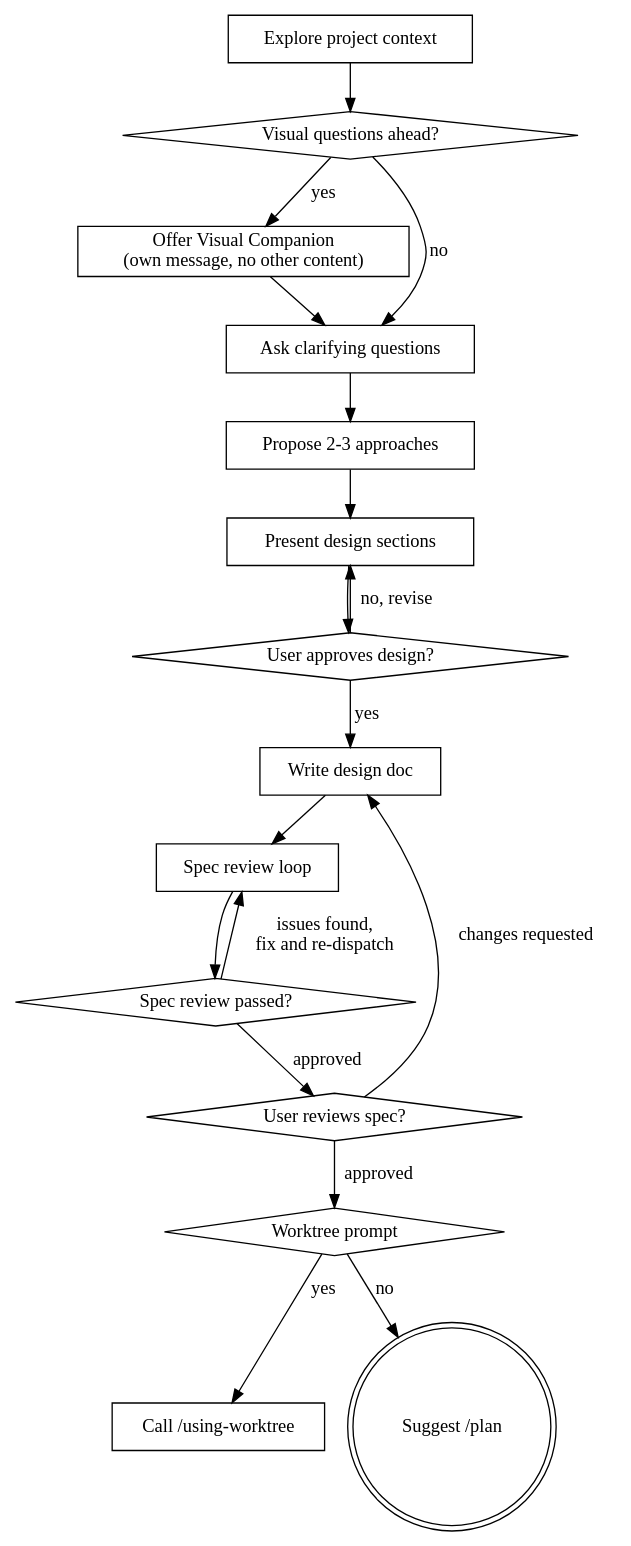
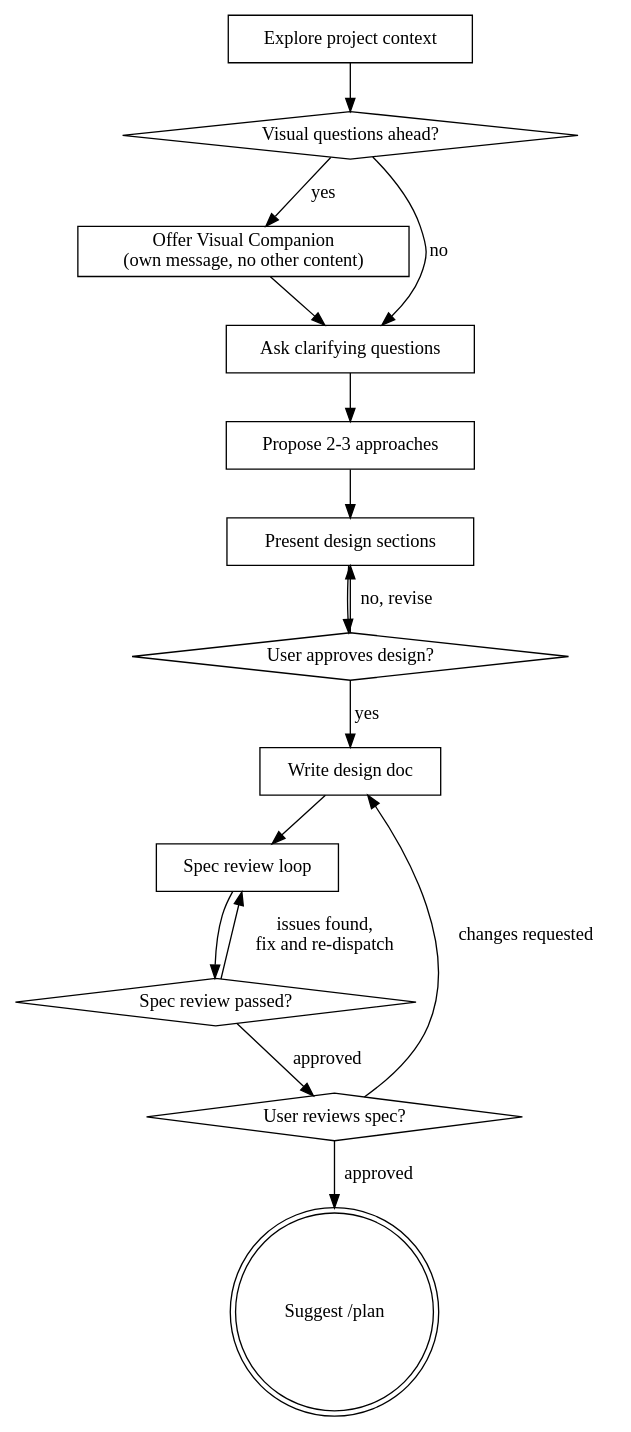
The diagram in skills/spec/SKILL.md (citruseason/flow), drawn with Graphviz before and after one commit. The commit also changed other lines of this file, not shown here.

First line of the commit message:
refactor: remove worktree prompt from spec skill

````diff
--- a/skills/spec/SKILL.md
+++ b/skills/spec/SKILL.md
@@ -36,36 +36,32 @@
 ```dot
 digraph spec {
     "Explore project context" [shape=box];
     "Visual questions ahead?" [shape=diamond];
     "Offer Visual Companion\n(own message, no other content)" [shape=box];
     "Ask clarifying questions" [shape=box];
     "Propose 2-3 approaches" [shape=box];
     "Present design sections" [shape=box];
     "User approves design?" [shape=diamond];
     "Write design doc" [shape=box];
     "Spec review loop" [shape=box];
     "Spec review passed?" [shape=diamond];
     "User reviews spec?" [shape=diamond];
-    "Worktree prompt" [shape=diamond];
-    "Call /using-worktree" [shape=box];
     "Suggest /plan" [shape=doublecircle];
 
     "Explore project context" -> "Visual questions ahead?";
     "Visual questions ahead?" -> "Offer Visual Companion\n(own message, no other content)" [label="yes"];
     "Visual questions ahead?" -> "Ask clarifying questions" [label="no"];
     "Offer Visual Companion\n(own message, no other content)" -> "Ask clarifying questions";
     "Ask clarifying questions" -> "Propose 2-3 approaches";
     "Propose 2-3 approaches" -> "Present design sections";
     "Present design sections" -> "User approves design?";
     "User approves design?" -> "Present design sections" [label="no, revise"];
     "User approves design?" -> "Write design doc" [label="yes"];
     "Write design doc" -> "Spec review loop";
     "Spec review loop" -> "Spec review passed?";
     "Spec review passed?" -> "Spec review loop" [label="issues found,\nfix and re-dispatch"];
     "Spec review passed?" -> "User reviews spec?" [label="approved"];
     "User reviews spec?" -> "Write design doc" [label="changes requested"];
-    "User reviews spec?" -> "Worktree prompt" [label="approved"];
-    "Worktree prompt" -> "Call /using-worktree" [label="yes"];
-    "Worktree prompt" -> "Suggest /plan" [label="no"];
+    "User reviews spec?" -> "Suggest /plan" [label="approved"];
 }
 ```
````
